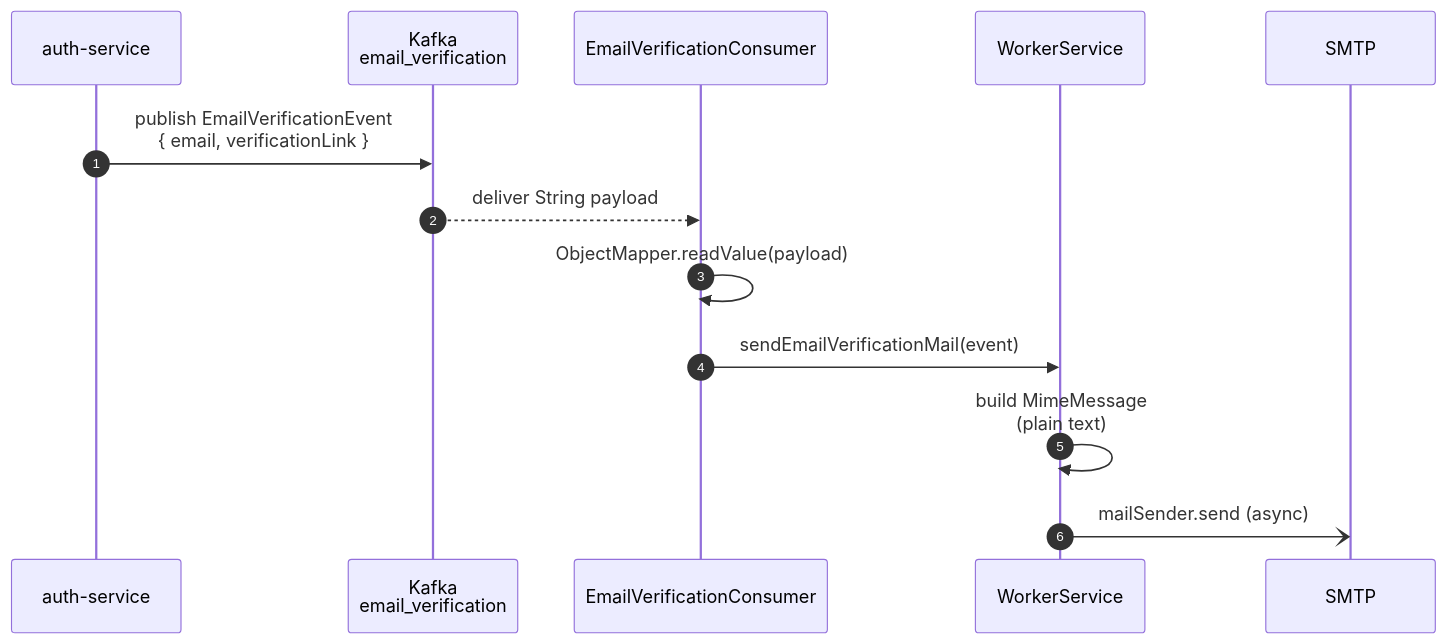
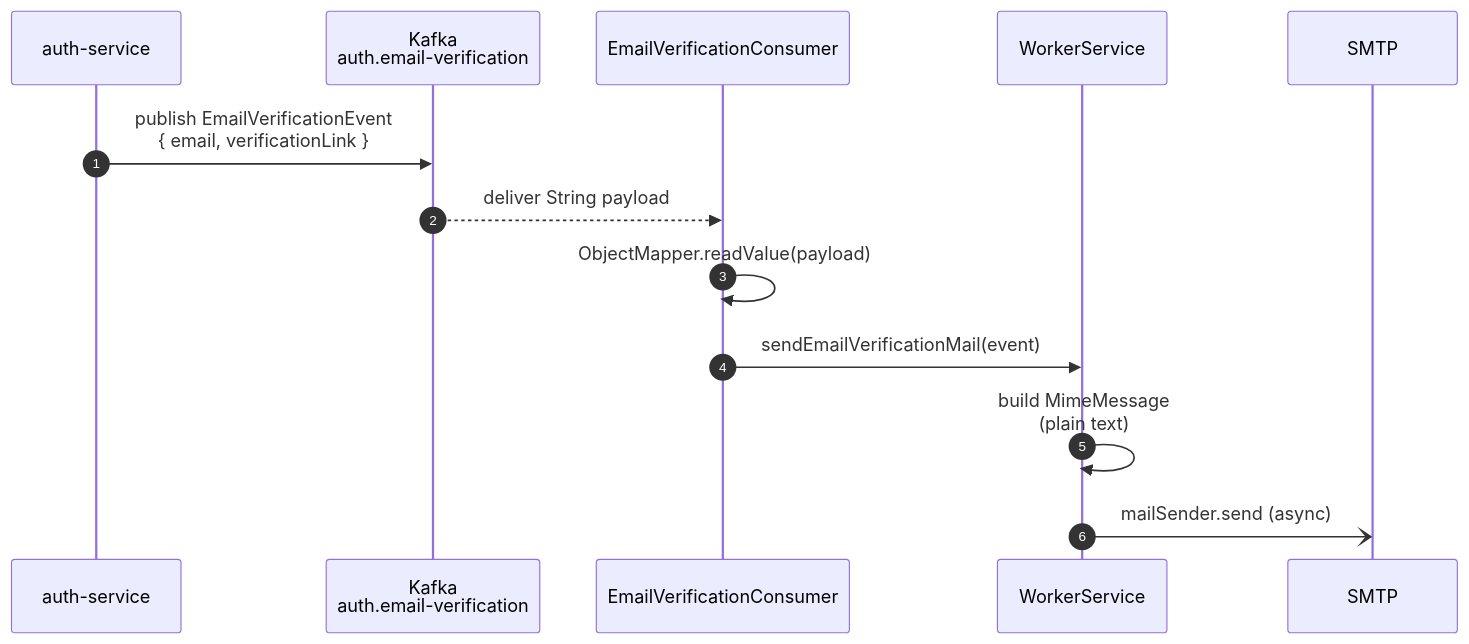
Before and after one commit to harshithrao07/cadence: the second of 3 diagrams in notification-service/README.md, drawn with Mermaid. The commit also changed other lines of this file and 58 other files, not shown here.

````diff
--- a/notification-service/README.md
+++ b/notification-service/README.md
@@ -42,16 +42,16 @@
 ```mermaid
 sequenceDiagram
     autonumber
     participant Auth as auth-service
-    participant K as Kafka<br/>email_verification
+    participant K as Kafka<br/>auth.email-verification
     participant EV as EmailVerificationConsumer
     participant WS as WorkerService
     participant SMTP
 
     Auth->>K: publish EmailVerificationEvent<br/>{ email, verificationLink }
     K-->>EV: deliver String payload
     EV->>EV: ObjectMapper.readValue(payload)
     EV->>WS: sendEmailVerificationMail(event)
     WS->>WS: build MimeMessage<br/>(plain text)
     WS-)SMTP: mailSender.send (async)
 ```
````
